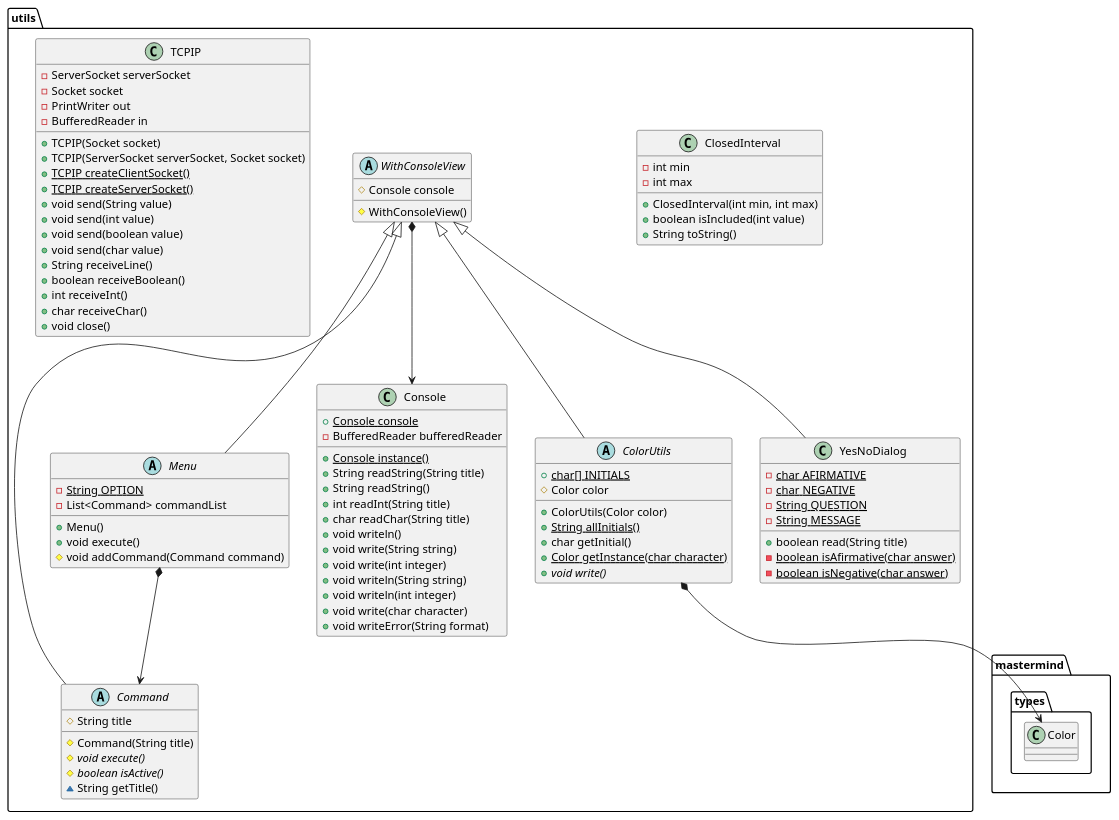
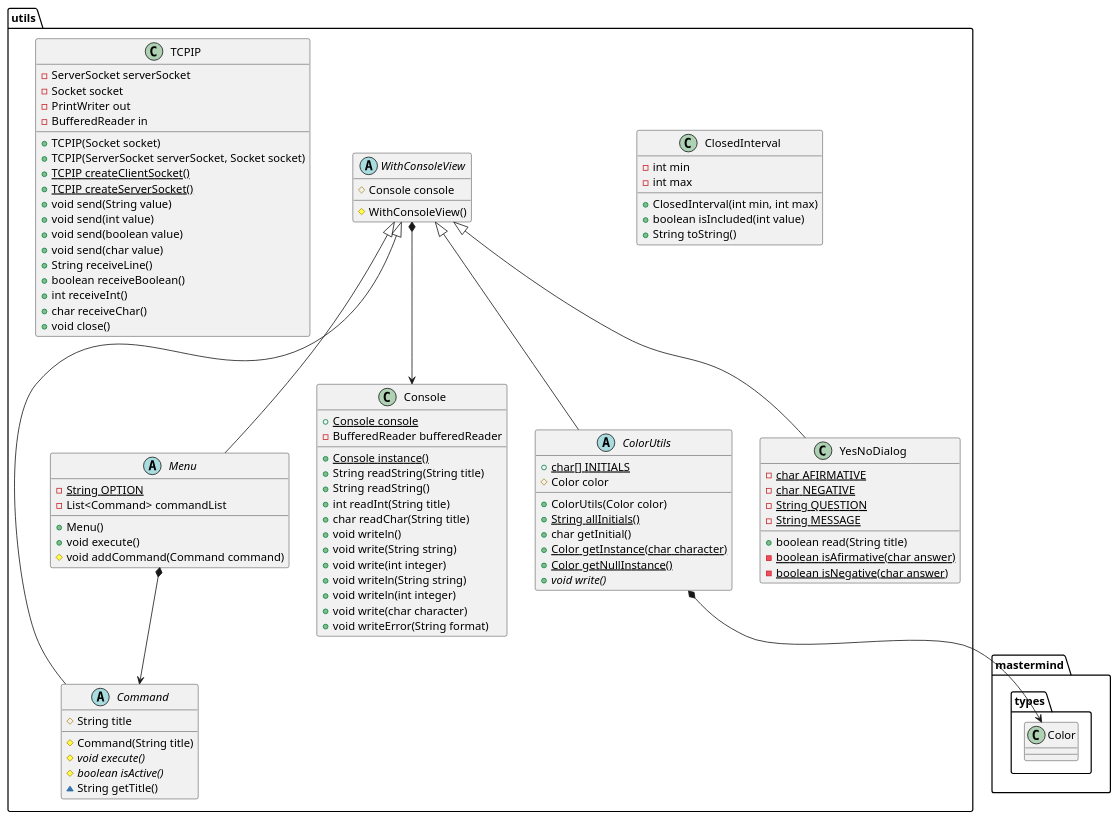
One commit to jprieto92/mastermindClientServer changed the diagram in docs/sources/paqueteMastermindUtils.iuml. Above: the diagram before and after it, drawn with PlantUML. The commit also changed 18 other files, not shown here.

Commit message:
Update UML diagrams without use relationships

```diff
--- a/docs/sources/paqueteMastermindUtils.iuml
+++ b/docs/sources/paqueteMastermindUtils.iuml
@@ -1,96 +1,97 @@
 @startuml
 
 class utils.ClosedInterval [[java:jprieto.utils.ClosedInterval]] {
 	-int min
 	-int max
 	+ClosedInterval(int min, int max)
 	+boolean isIncluded(int value)
 	+String toString()
 }
 
 abstract class utils.ColorUtils [[java:jprieto.utils.ColorUtils]] {
 	+{static}char[] INITIALS
 	#Color color
 	+ColorUtils(Color color)
 	+{static}String allInitials()
 	+char getInitial()
 	+{static}Color getInstance(char character)
+	+{static}Color getNullInstance()
 	+{abstract}void write()
 }
 utils.WithConsoleView <|-- utils.ColorUtils
 utils.ColorUtils *-down-> mastermind.types.Color
 
 abstract class utils.Command [[java:jprieto.utils.Command]] {
 	#String title
 	#Command(String title)
 	#{abstract}void execute()
 	#{abstract}boolean isActive()
 	~String getTitle()
 }
 utils.WithConsoleView <|-- utils.Command
 
 class utils.Console [[java:jprieto.utils.Console]] {
 	+{static}Console console
 	-BufferedReader bufferedReader
 	+{static}Console instance()
 	+String readString(String title)
 	+String readString()
 	+int readInt(String title)
 	+char readChar(String title)
 	+void writeln()
 	+void write(String string)
 	+void write(int integer)
 	+void writeln(String string)
 	+void writeln(int integer)
 	+void write(char character)
 	+void writeError(String format)
 }
 
 abstract class utils.Menu [[java:jprieto.utils.Menu]] {
 	-{static}String OPTION
 	-List<Command> commandList
 	+Menu()
 	+void execute()
 	#void addCommand(Command command)
 }
 utils.Menu *-down-> utils.Command
 utils.WithConsoleView <|-- utils.Menu
 
 class utils.TCPIP [[java:jprieto.utils.TCPIP]] {
 	-ServerSocket serverSocket
 	-Socket socket
 	-PrintWriter out
 	-BufferedReader in
 	+TCPIP(Socket socket)
 	+TCPIP(ServerSocket serverSocket, Socket socket)
 	+{static}TCPIP createClientSocket()
 	+{static}TCPIP createServerSocket()
 	+void send(String value)
 	+void send(int value)
 	+void send(boolean value)
 	+void send(char value)
 	+String receiveLine()
 	+boolean receiveBoolean()
 	+int receiveInt()
 	+char receiveChar()
 	+void close()
 }
 
 abstract class utils.WithConsoleView [[java:jprieto.utils.WithConsoleView]] {
 	#Console console
 	#WithConsoleView()
 }
 utils.WithConsoleView *-down-> utils.Console
 
 class utils.YesNoDialog [[java:jprieto.utils.YesNoDialog]] {
 	-{static}char AFIRMATIVE
 	-{static}char NEGATIVE
 	-{static}String QUESTION
 	-{static}String MESSAGE
 	+boolean read(String title)
 	-{static}boolean isAfirmative(char answer)
 	-{static}boolean isNegative(char answer)
 }
 utils.WithConsoleView <|-- utils.YesNoDialog
 
 @enduml
```
